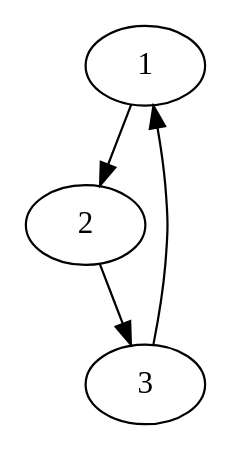
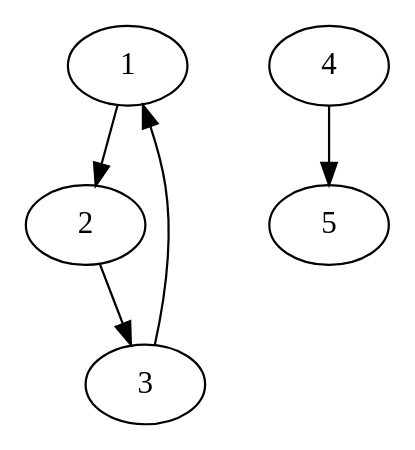
The diagram in outputDOTGraph.dot (Sim-ran-K/CSE464_Proj), drawn with Graphviz before and after one commit. The commit also changed 3 other files, not shown here.

```diff
--- a/outputDOTGraph.dot
+++ b/outputDOTGraph.dot
@@ -1,8 +1,11 @@
 strict digraph G {
   1;
   2;
   3;
+  4;
+  5;
   1 -> 2;
   2 -> 3;
   3 -> 1;
+  4 -> 5;
 }
```
